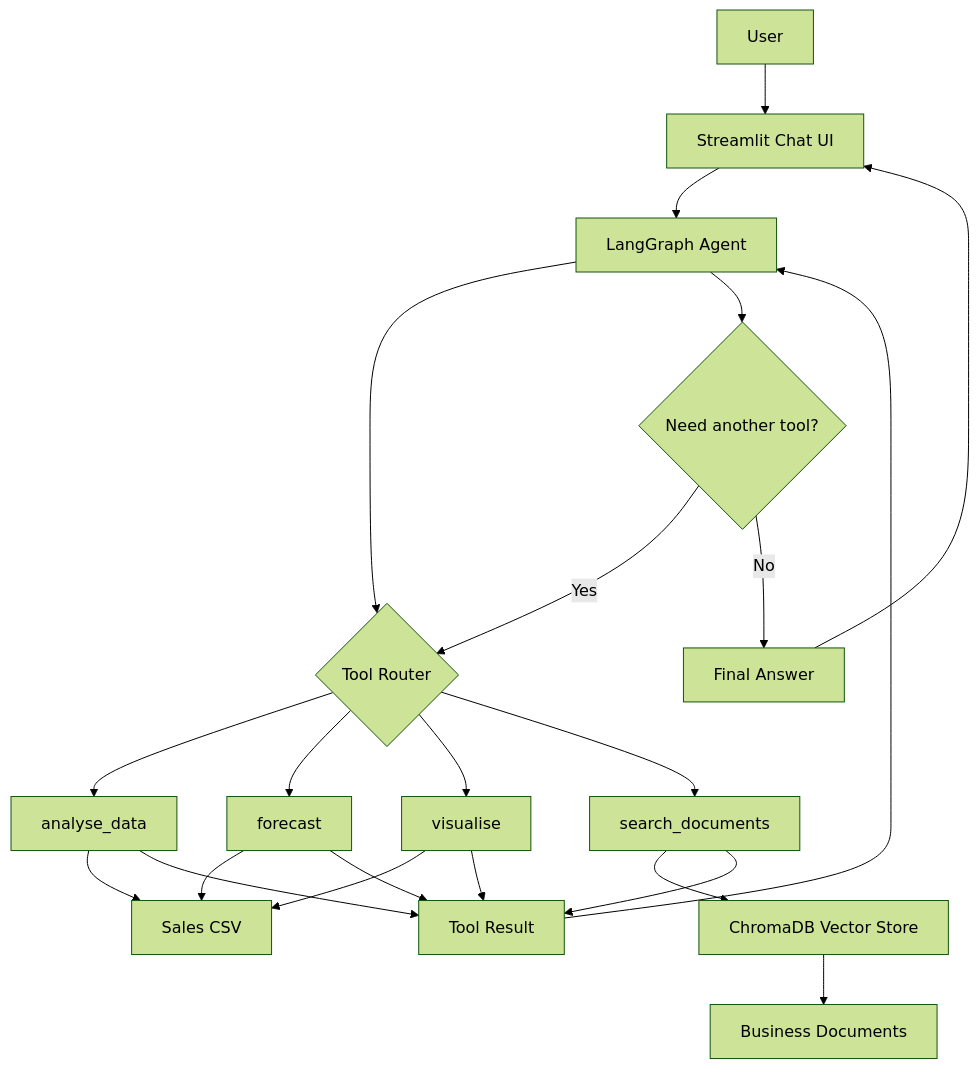
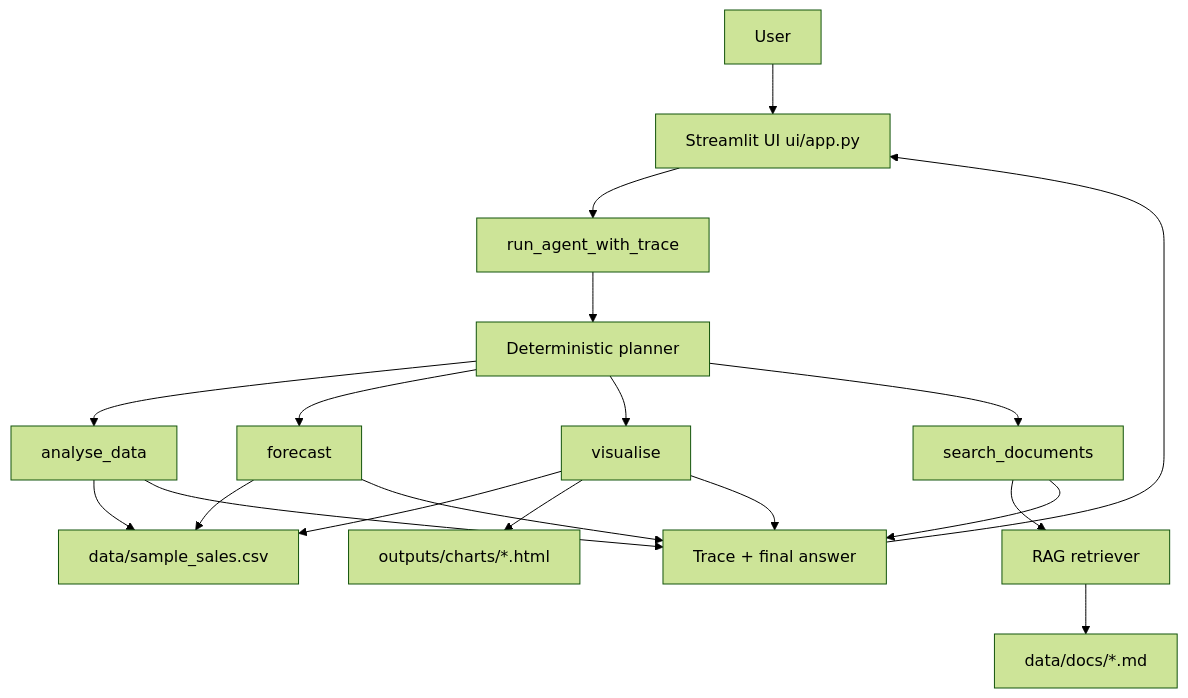
One commit to varunrout/sales-insight-agent changed the diagram in README.md. Above: the diagram before and after it, drawn with Mermaid (forest theme). The commit also changed other lines of this file and 2 other files, not shown here.

Commit message:
docs: polish README, architecture, and demo guide (#20)

````diff
--- a/README.md
+++ b/README.md
@@ -128,28 +37,24 @@
 ```mermaid
 flowchart TD
-    A[User] --> B[Streamlit Chat UI]
-    B --> C[LangGraph Agent]
-    C --> D{Tool Router}
+    U[User] --> UI[Streamlit UI ui/app.py]
+    UI --> AG[run_agent_with_trace]
+    AG --> PL[Deterministic planner]
+    PL --> T1[analyse_data]
+    PL --> T2[forecast]
+    PL --> T3[visualise]
+    PL --> T4[search_documents]
 
-    D --> E[analyse_data]
-    D --> F[forecast]
-    D --> G[visualise]
-    D --> H[search_documents]
+    T1 --> DS[data/sample_sales.csv]
+    T2 --> DS
+    T3 --> DS
+    T3 --> CH[outputs/charts/*.html]
 
-    E --> I[Sales CSV]
-    F --> I
-    G --> I
-    H --> J[ChromaDB Vector Store]
-    J --> K[Business Documents]
+    T4 --> RR[RAG retriever]
+    RR --> DOCS[data/docs/*.md]
 
-    E --> L[Tool Result]
-    F --> L
-    G --> L
-    H --> L
-
-    L --> C
-    C --> M{Need another tool?}
-    M -->|Yes| D
-    M -->|No| N[Final Answer]
-    N --> B
+    T1 --> R[Trace + final answer]
+    T2 --> R
+    T3 --> R
+    T4 --> R
+    R --> UI
 ```
````
